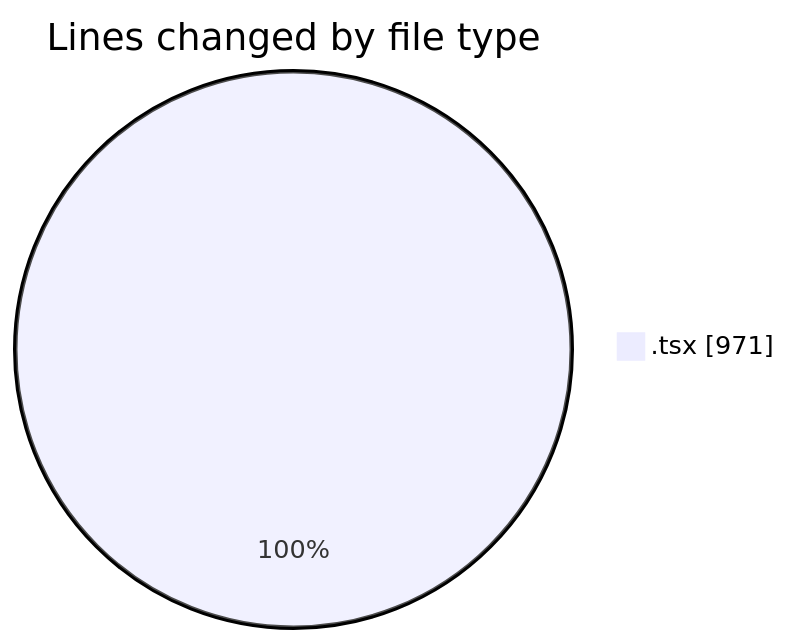
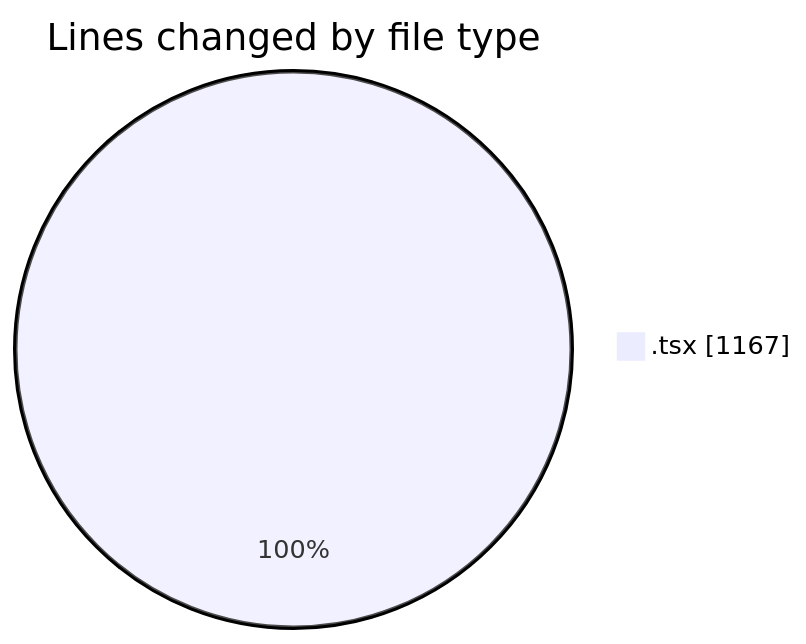
The first of 2 diagrams in 2025-04-04/cda/README.md (momahboobian/code-tracking), drawn with Mermaid before and after one commit. The commit also changed other lines of this file and 1 other file, not shown here.

````diff
--- a/2025-04-04/cda/README.md
+++ b/2025-04-04/cda/README.md
@@ -23,5 +24,5 @@
 ```mermaid
 pie showData
 title Lines changed by file type
-".tsx" : 971
+".tsx" : 1167
 ```
````
